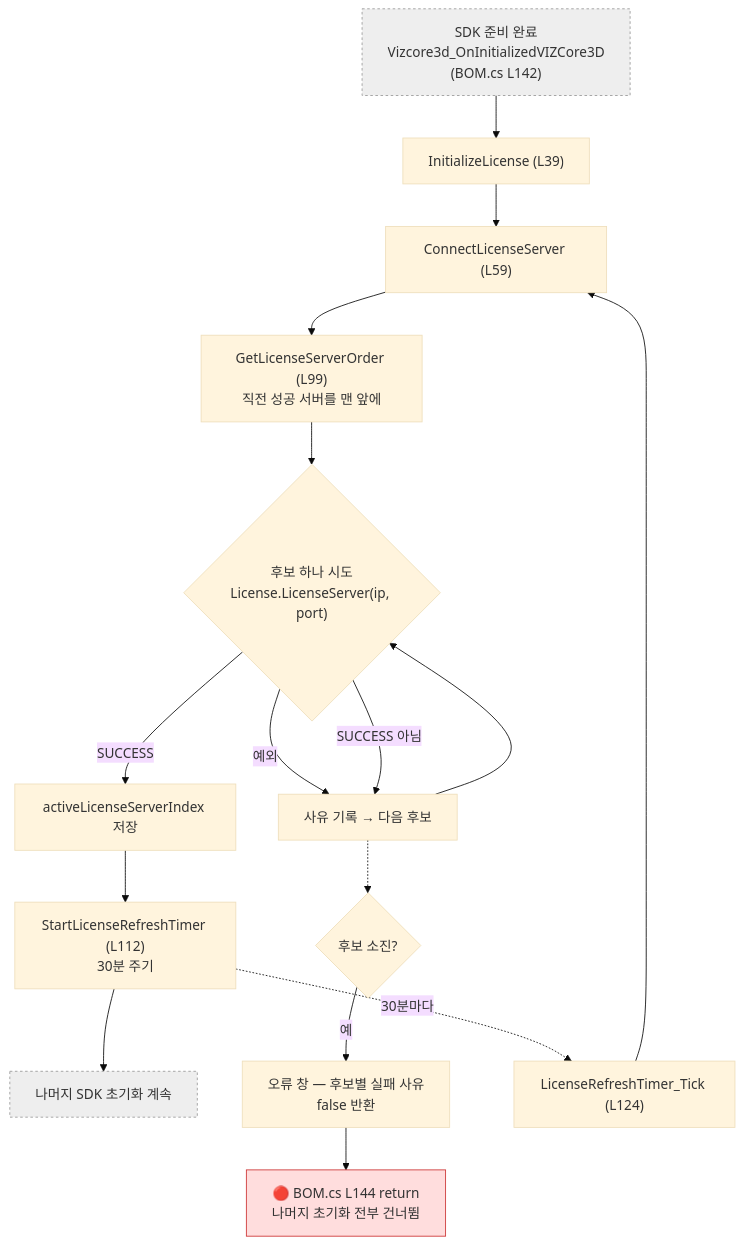
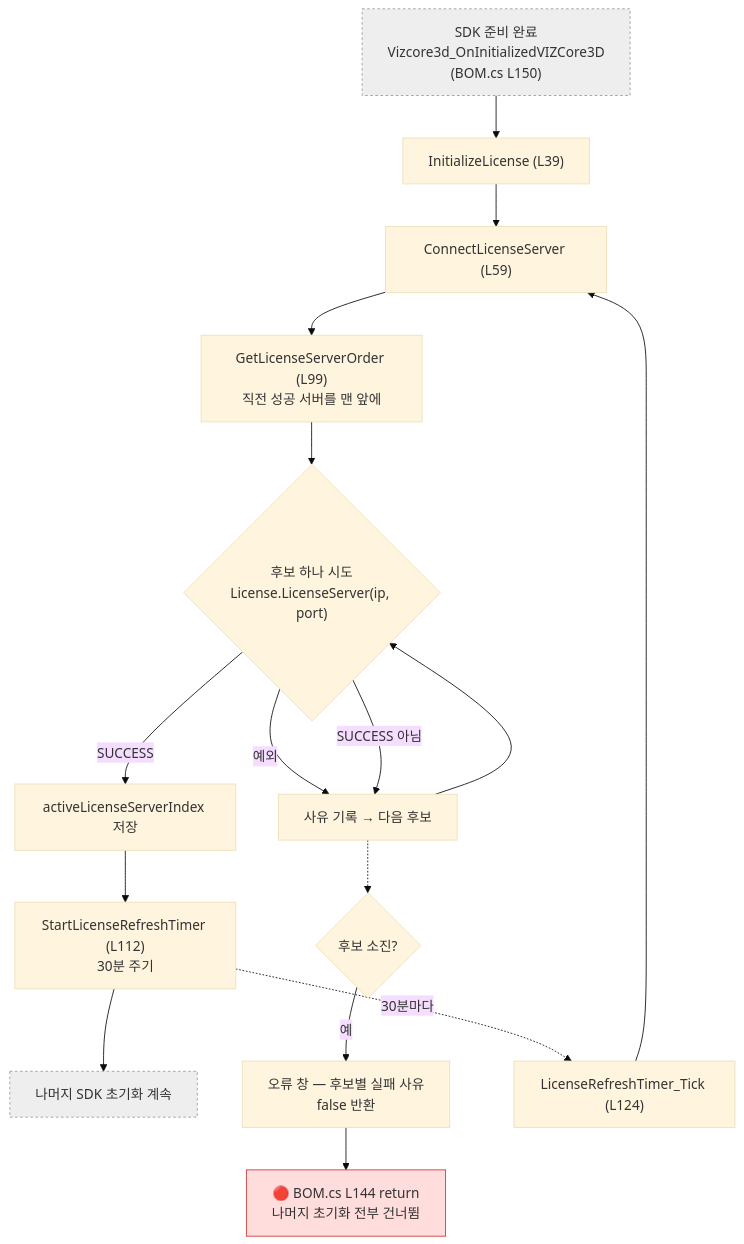
Before and after one commit to uuuuj/a2z: the diagram in docs/코드분석/파일별/Form1.License.md, drawn with Mermaid (base theme). The commit also changed other lines of this file and 13 other files, not shown here.

````diff
--- a/docs/코드분석/파일별/Form1.License.md
+++ b/docs/코드분석/파일별/Form1.License.md
@@ -35,20 +35,20 @@
 ```mermaid
 flowchart TD
-    S["SDK 준비 완료<br/>Vizcore3d_OnInitializedVIZCore3D<br/>(BOM.cs L142)"]:::other --> A["InitializeLicense (L39)"]
+    S["SDK 준비 완료<br/>Vizcore3d_OnInitializedVIZCore3D<br/>(BOM.cs L150)"]:::other --> A["InitializeLicense (L39)"]
     A --> B["ConnectLicenseServer (L59)"]
     B --> O["GetLicenseServerOrder (L99)<br/>직전 성공 서버를 맨 앞에"]
     O --> C{"후보 하나 시도<br/>License.LicenseServer(ip, port)"}
     C -- "예외" --> N["사유 기록 → 다음 후보"]
     C -- "SUCCESS 아님" --> N
     N --> C
     C -- "SUCCESS" --> K["activeLicenseServerIndex 저장"]
     K --> T["StartLicenseRefreshTimer (L112)<br/>30분 주기"]
     T --> R["나머지 SDK 초기화 계속"]:::other
     N -.-> F{"후보 소진?"}
     F -- 예 --> X["오류 창 — 후보별 실패 사유<br/>false 반환"]
     X --> Z["🔴 BOM.cs L144 return<br/>나머지 초기화 전부 건너뜀"]:::danger
     T -.30분마다.-> G["LicenseRefreshTimer_Tick (L124)"]
     G --> B
     classDef other fill:#eee,stroke:#999,stroke-dasharray:3
     classDef danger fill:#fdd,stroke:#c33
 ```
````
